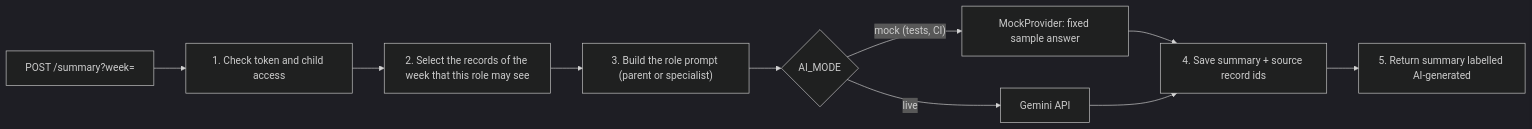
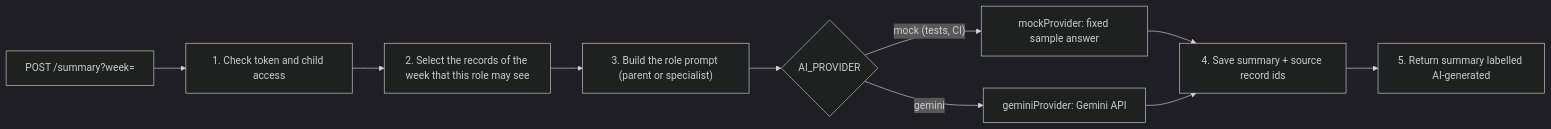
The fourth of 7 diagrams in docs/SDD.md (Alsoren/child-development-platform), drawn with Mermaid (dark theme) before and after one commit. The commit also changed other lines of this file, not shown here.

Commit message:
SCRUM-36 finalize SDD: align with code, schema and API status

````diff
--- a/docs/SDD.md
+++ b/docs/SDD.md
@@ -224,12 +252,12 @@
 ```mermaid
 flowchart LR
     Req["POST /summary?week="] --> Check["1. Check token and child access"]
     Check --> Select["2. Select the records of the week that this role may see"]
     Select --> Prompt["3. Build the role prompt (parent or specialist)"]
-    Prompt --> Provider{"AI_MODE"}
-    Provider -->|"mock (tests, CI)"| Mock["MockProvider: fixed sample answer"]
-    Provider -->|"live"| Live["Gemini API"]
+    Prompt --> Provider{"AI_PROVIDER"}
+    Provider -->|"mock (tests, CI)"| Mock["mockProvider: fixed sample answer"]
+    Provider -->|"gemini"| Live["geminiProvider: Gemini API"]
     Mock --> Save["4. Save summary + source record ids"]
     Live --> Save
     Save --> Resp["5. Return summary labelled AI-generated"]
 ```
````
